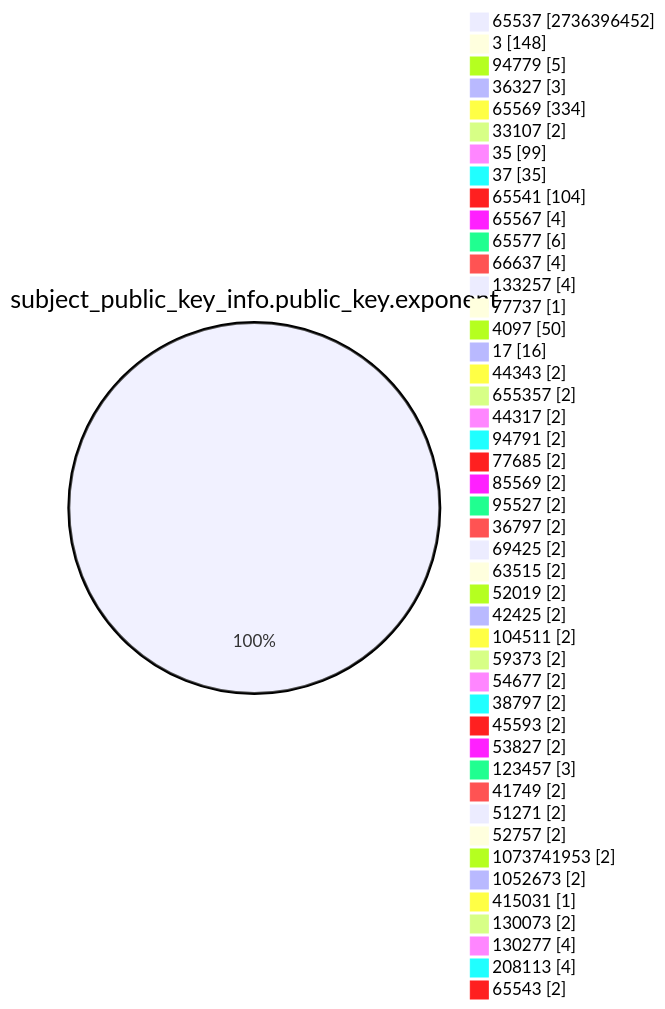
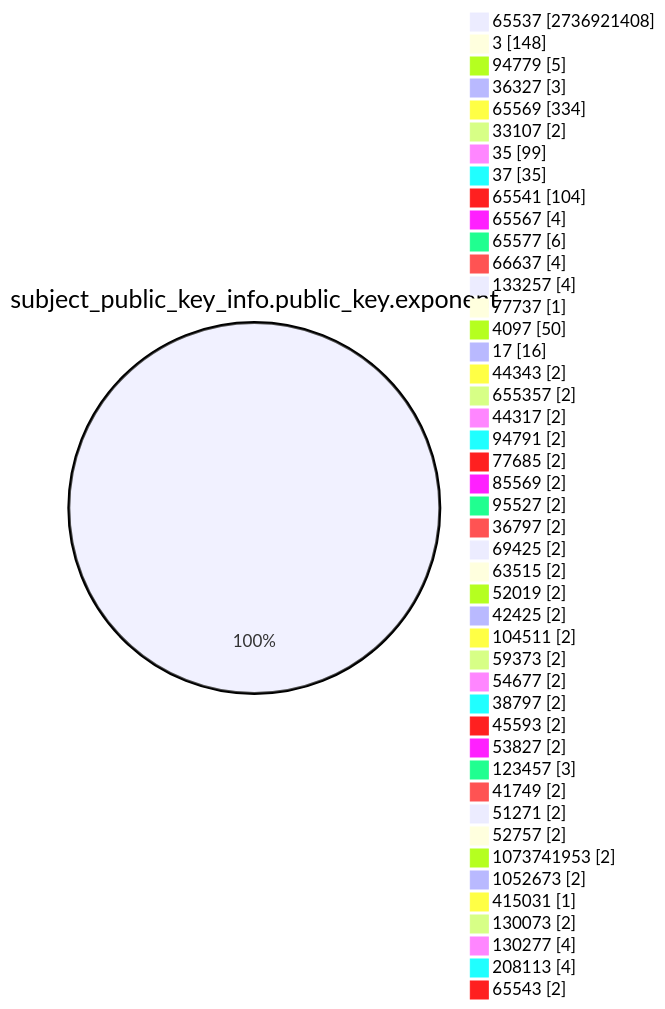
One commit to christiankrug/ctmonitor_visualization changed the fourth of 15 diagrams in TOTAL/README.md. Above: the diagram before and after it, drawn with Mermaid. The commit also changed other lines of this file, not shown here.

````diff
--- a/TOTAL/README.md
+++ b/TOTAL/README.md
@@ -1467,49 +1467,49 @@
 ```mermaid
 pie showData
 title subject_public_key_info.public_key.exponent
-"65537" :2736396452
+"65537" :2736921408
 "3" :148
 "94779" :5
 "36327" :3
 "65569" :334
 "33107" :2
 "35" :99
 "37" :35
 "65541" :104
 "65567" :4
 "65577" :6
 "66637" :4
 "133257" :4
 "77737" :1
 "4097" :50
 "17" :16
 "44343" :2
 "655357" :2
 "44317" :2
 "94791" :2
 "77685" :2
 "85569" :2
 "95527" :2
 "36797" :2
 "69425" :2
 "63515" :2
 "52019" :2
 "42425" :2
 "104511" :2
 "59373" :2
 "54677" :2
 "38797" :2
 "45593" :2
 "53827" :2
 "123457" :3
 "41749" :2
 "51271" :2
 "52757" :2
 "1073741953" :2
 "1052673" :2
 "415031" :1
 "130073" :2
 "130277" :4
 "208113" :4
 "65543" :2
 ```
````
